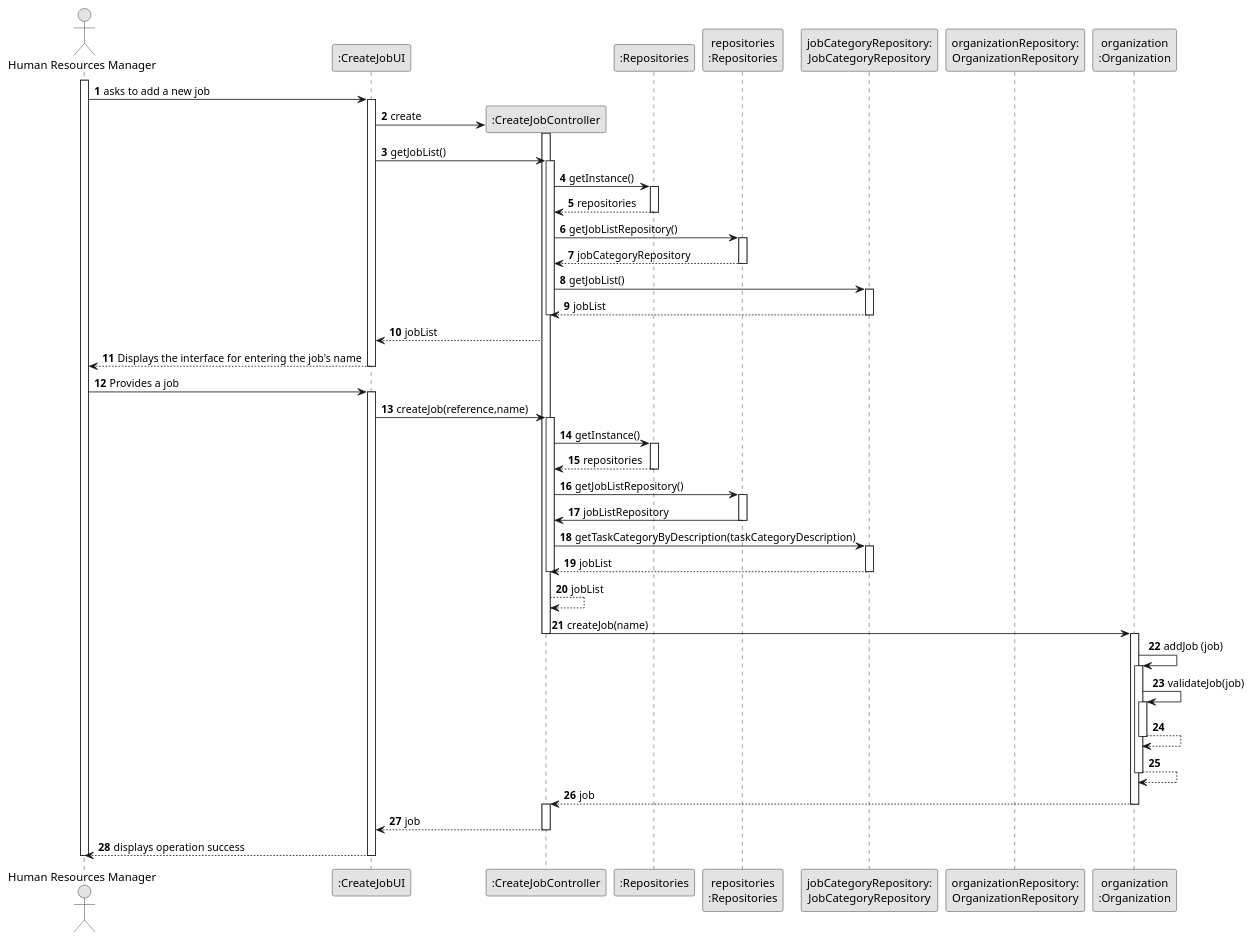
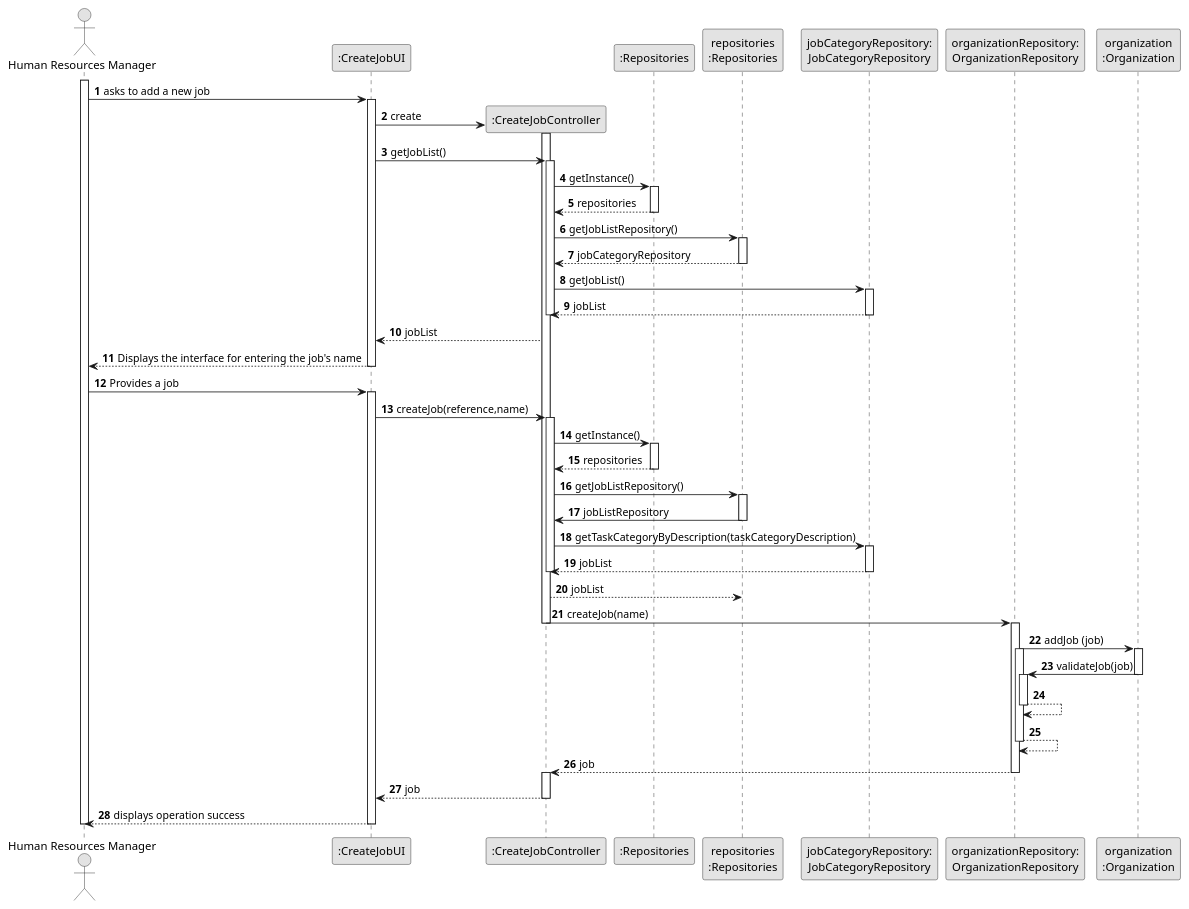
One commit to SAEmanuel/Green_Spaces_Management_ISEP changed the diagram in docs/sprintB/us002/03.design/puml/us002-sequence-diagram-full.puml. Above: the diagram before and after it, drawn with PlantUML. The commit also changed 4 other files, not shown here.

```diff
--- a/docs/sprintB/us002/03.design/puml/us002-sequence-diagram-full.puml
+++ b/docs/sprintB/us002/03.design/puml/us002-sequence-diagram-full.puml
@@ -1,118 +1,119 @@
 @startuml
 skinparam monochrome true
 skinparam packageStyle rectangle
 skinparam shadowing false
 
 autonumber
 
 'hide footbox
 actor "Human Resources Manager" as HRM
 participant ":CreateJobUI" as UI
 participant ":CreateJobController" as CTRL
 participant ":Repositories" as RepositorySingleton
 participant "repositories\n:Repositories" as PLAT
 participant "jobCategoryRepository:\nJobCategoryRepository" as JobCategoryRepository
 participant "organizationRepository:\nOrganizationRepository" as OrganizationRepository
 participant "organization\n:Organization" as ORG
 
 
 activate HRM
 
 HRM -> UI : asks to add a new job
 activate UI
 
 UI -> CTRL** : create
 activate CTRL
 
 UI -> CTRL : getJobList()
 activate CTRL
 
 CTRL -> RepositorySingleton : getInstance()
 activate RepositorySingleton
 
 RepositorySingleton --> CTRL: repositories
 deactivate RepositorySingleton
 
 CTRL -> PLAT : getJobListRepository()
 activate PLAT
 
 PLAT --> CTRL: jobCategoryRepository
 deactivate PLAT
 
 CTRL -> JobCategoryRepository : getJobList()
 activate JobCategoryRepository
 
 JobCategoryRepository --> CTRL : jobList
 deactivate JobCategoryRepository
 
 deactivate CTRL
 CTRL --> UI : jobList
 
 
 
 
 UI --> HRM : Displays the interface for entering the job's name
 deactivate UI
 
 HRM -> UI : Provides a job
 activate UI
 
 
 
 UI -> CTRL : createJob(reference,name)
 activate CTRL
 
 
 
 CTRL -> RepositorySingleton : getInstance()
 activate RepositorySingleton
 
 RepositorySingleton --> CTRL: repositories
 deactivate RepositorySingleton
 
 CTRL -> PLAT : getJobListRepository()
 activate PLAT
 
 PLAT -> CTRL : jobListRepository
 deactivate PLAT
 
 CTRL -> JobCategoryRepository : getTaskCategoryByDescription(taskCategoryDescription)
 activate JobCategoryRepository
 
 JobCategoryRepository --> CTRL : jobList
 deactivate JobCategoryRepository
 
 deactivate CTRL
-CTRL --> CTRL : jobList
+CTRL --> PLAT : jobList
 
 
 
-CTRL -> ORG: createJob(name)
+CTRL -> OrganizationRepository: createJob(name)
 deactivate CTRL
+activate OrganizationRepository
+
+OrganizationRepository -> ORG: addJob (job)
 activate ORG
 
-ORG -> ORG: addJob (job)
+activate OrganizationRepository
+    ORG -> OrganizationRepository: validateJob(job)
+deactivate ORG
+    activate OrganizationRepository
+        OrganizationRepository --> OrganizationRepository
+    deactivate OrganizationRepository
 
+    OrganizationRepository --> OrganizationRepository
+deactivate OrganizationRepository
 
-activate ORG
-    ORG -> ORG: validateJob(job)
-    activate ORG
-        ORG --> ORG
-    deactivate ORG
+OrganizationRepository --> CTRL : job
 
-    ORG --> ORG
-deactivate ORG
-
-ORG --> CTRL : job
-
-deactivate ORG
+deactivate OrganizationRepository
 
 activate CTRL
 CTRL --> UI: job
 deactivate CTRL
 UI --> HRM: displays operation success
 deactivate UI
 
 deactivate HRM
 
 @enduml
```
